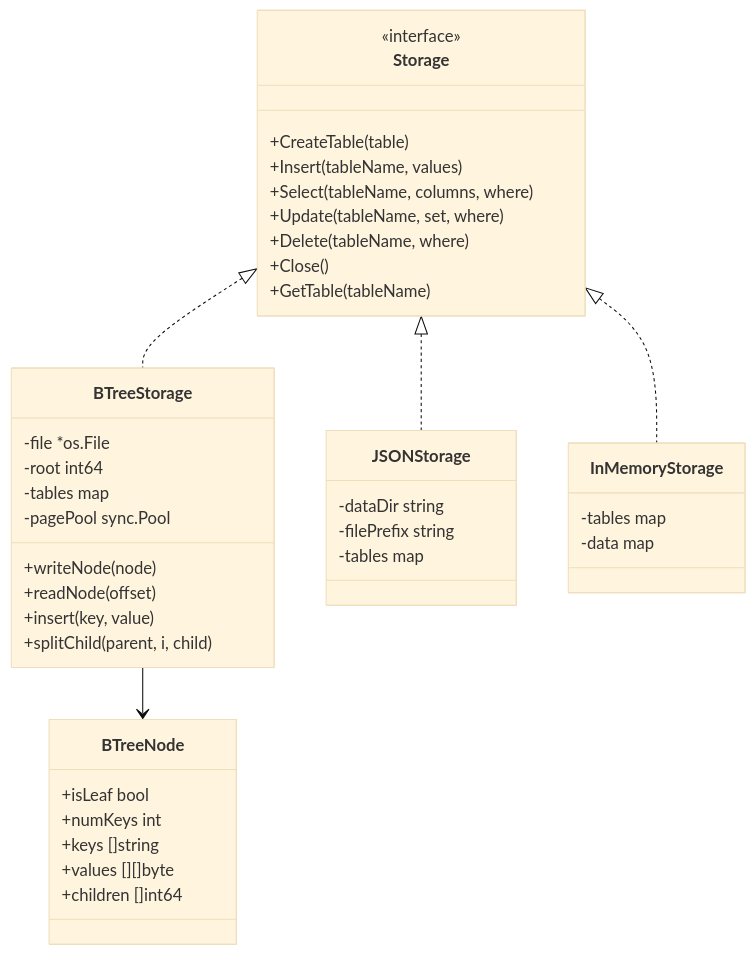
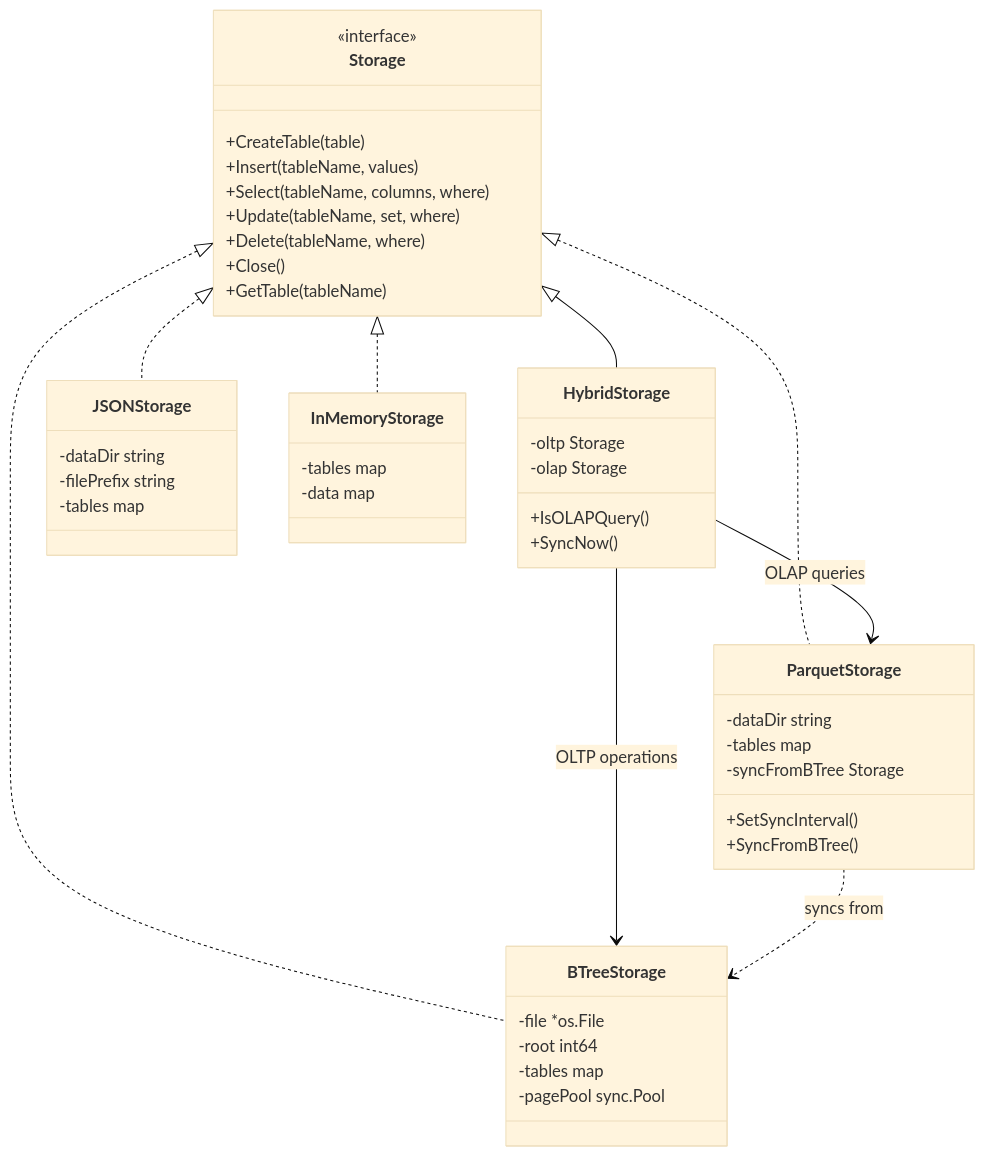
The third of 3 diagrams in README.md (zakazai/ulindb), drawn with Mermaid (base theme) before and after one commit. The commit also changed other lines of this file and 11 other files, not shown here.

First line of the commit message:
claude: feat: add hybrid storage with Parquet for OLAP queries

````diff
--- a/README.md
+++ b/README.md
@@ -206,49 +248,56 @@
 ```mermaid
 classDiagram
     class Storage {
         <<interface>>
         +CreateTable(table)
         +Insert(tableName, values)
         +Select(tableName, columns, where)
         +Update(tableName, set, where)
         +Delete(tableName, where)
         +Close()
         +GetTable(tableName)
     }
     
+    class HybridStorage {
+        -oltp Storage
+        -olap Storage
+        +IsOLAPQuery()
+        +SyncNow()
+    }
+    
     class BTreeStorage {
         -file *os.File
         -root int64
         -tables map
         -pagePool sync.Pool
-        +writeNode(node)
-        +readNode(offset)
-        +insert(key, value)
-        +splitChild(parent, i, child)
+    }
+    
+    class ParquetStorage {
+        -dataDir string
+        -tables map
+        -syncFromBTree Storage
+        +SetSyncInterval()
+        +SyncFromBTree()
     }
     
     class JSONStorage {
         -dataDir string
         -filePrefix string
         -tables map
     }
     
     class InMemoryStorage {
         -tables map
         -data map
     }
     
+    Storage <|-- HybridStorage
     Storage <|.. BTreeStorage
+    Storage <|.. ParquetStorage
     Storage <|.. JSONStorage
     Storage <|.. InMemoryStorage
     
-    class BTreeNode {
-        +isLeaf bool
-        +numKeys int
-        +keys []string
-        +values [][]byte
-        +children []int64
-    }
-    
-    BTreeStorage --> BTreeNode
+    HybridStorage --> BTreeStorage : OLTP operations
+    HybridStorage --> ParquetStorage : OLAP queries
+    ParquetStorage ..> BTreeStorage : syncs from
 ```
````
